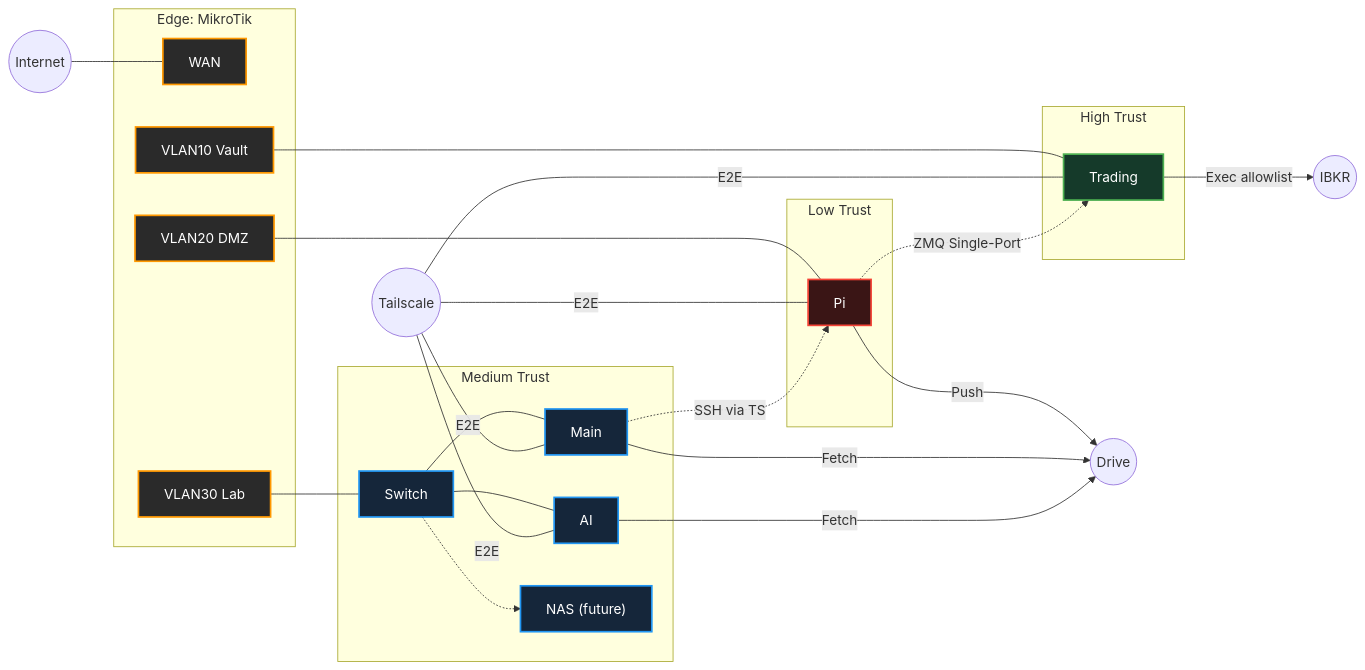
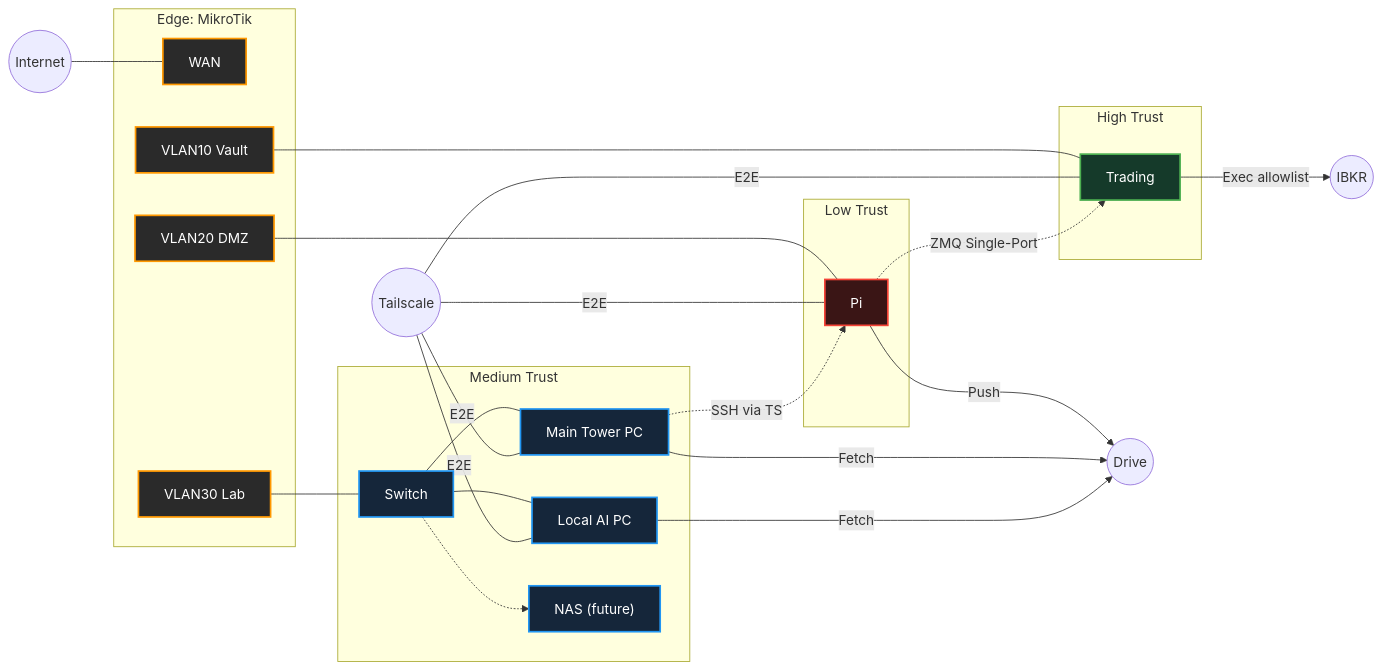
Before and after one commit to MrRolie/MrRolie: the diagram in README.md, drawn with Mermaid.

Commit message:
Update labels for Main and AI in diagram

````diff
--- a/README.md
+++ b/README.md
@@ -9,60 +9,60 @@
 ```mermaid
 graph LR
   WAN((Internet))
   IBKR((IBKR))
   GDRIVE((Drive))
   TS((Tailscale))
 
   subgraph EDGE["Edge: MikroTik"]
     P1["WAN"]
     P2["VLAN10 Vault"]
     P3["VLAN20 DMZ"]
     P4["VLAN30 Lab"]
   end
 
   subgraph VAULT["High Trust"]
     TRADING["Trading"]
   end
 
   subgraph DMZ["Low Trust"]
     PI["Pi"]
   end
 
   subgraph LAB["Medium Trust"]
     SW["Switch"]
-    MAIN["Main"]
-    AI["AI"]
+    MAIN["Main Tower PC"]
+    AI["Local AI PC"]
     NAS["NAS (future)"]
   end
 
   WAN --- P1
   P2 --- TRADING
   P3 --- PI
   P4 --- SW
   SW --- MAIN
   SW --- AI
   SW -.-> NAS
 
   TRADING -->|Exec allowlist| IBKR
   PI -->|Push| GDRIVE
   MAIN -->|Fetch| GDRIVE
   AI -->|Fetch| GDRIVE
 
   TS ---|E2E| TRADING
   TS ---|E2E| PI
   TS ---|E2E| MAIN
   TS ---|E2E| AI
   MAIN -.->|SSH via TS| PI
   PI -.->|ZMQ Single-Port| TRADING
 
   %% Styling
   classDef edge fill:#2a2a2a,stroke:#ff9800,stroke-width:2px,color:#ffffff;
   classDef high fill:#153a2a,stroke:#4caf50,stroke-width:2px,color:#ffffff;
   classDef low  fill:#3a1515,stroke:#f44336,stroke-width:2px,color:#ffffff;
   classDef mid  fill:#15263a,stroke:#2196f3,stroke-width:2px,color:#ffffff;
 
   class P1,P2,P3,P4 edge;
   class TRADING high;
   class PI low;
   class SW,MAIN,AI,NAS mid;
 ```
````
